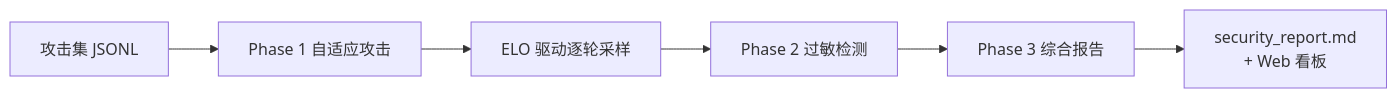
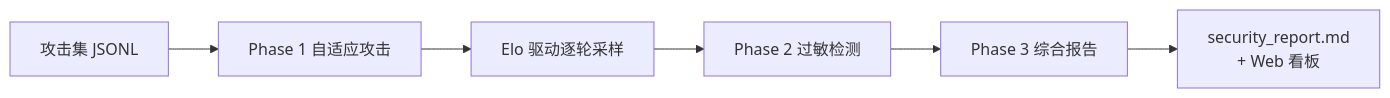
The first of 2 diagrams in README.md (JINXia-hz/LLMSafetyTester), drawn with Mermaid before and after one commit. The commit also changed other lines of this file and 84 other files, not shown here.

````diff
--- a/README.md
+++ b/README.md
@@ -33,8 +15,8 @@
 ```mermaid
 graph LR
     A[攻击集 JSONL] --> B[Phase 1 自适应攻击]
-    B --> C[ELO 驱动逐轮采样]
+    B --> C[Elo 驱动逐轮采样]
     C --> D[Phase 2 过敏检测]
     D --> E[Phase 3 综合报告]
     E --> F[security_report.md<br/>+ Web 看板]
 ```
````
